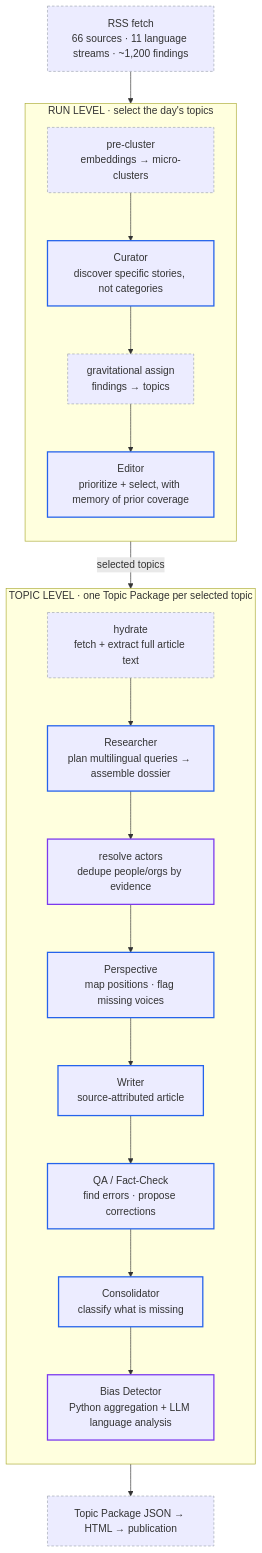
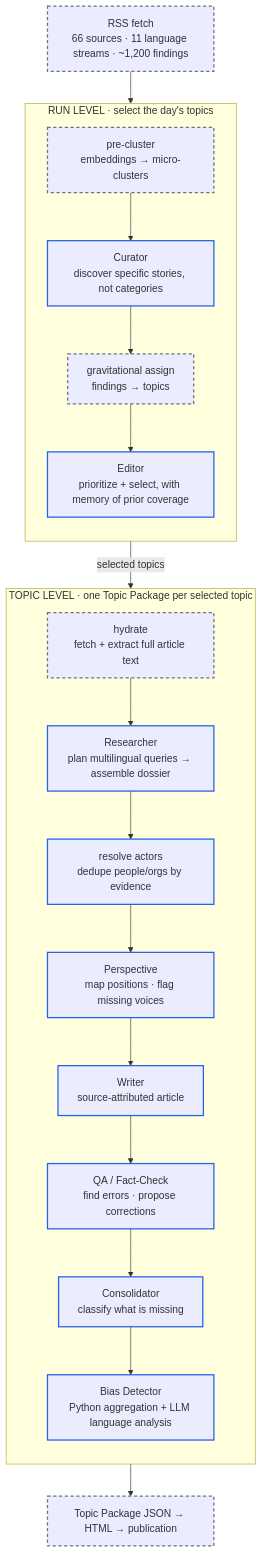
Before and after one commit to deniz-schwenk/independent-wire: the diagram in README.md, drawn with Mermaid. The commit also changed other lines of this file, not shown here.

Commit message:
docs(readme): distinguish pipeline diagram by line-style, not hue

````diff
--- a/README.md
+++ b/README.md
@@ -33,35 +33,34 @@
 ```mermaid
 flowchart TD
     RSS["RSS fetch<br/>66 sources · 11 language streams · ~1,200 findings"]:::det
     RSS --> RUN
 
     subgraph RUN["RUN LEVEL · select the day's topics"]
         direction TB
         PC["pre-cluster<br/>embeddings → micro-clusters"]:::det
         CUR["Curator<br/>discover specific stories, not categories"]:::llm
         GRAV["gravitational assign<br/>findings → topics"]:::det
         ED["Editor<br/>prioritize + select, with memory of prior coverage"]:::llm
         PC --> CUR --> GRAV --> ED
     end
 
     ED -->|"selected topics"| TOPIC
 
     subgraph TOPIC["TOPIC LEVEL · one Topic Package per selected topic"]
         direction TB
         HY["hydrate<br/>fetch + extract full article text"]:::det
         RES["Researcher<br/>plan multilingual queries → assemble dossier"]:::llm
-        ACT["resolve actors<br/>dedupe people/orgs by evidence"]:::mix
+        ACT["resolve actors<br/>dedupe people/orgs by evidence"]:::llm
         PER["Perspective<br/>map positions · flag missing voices"]:::llm
         WR["Writer<br/>source-attributed article"]:::llm
         QA["QA / Fact-Check<br/>find errors · propose corrections"]:::llm
         CON["Consolidator<br/>classify what is missing"]:::llm
-        BIAS["Bias Detector<br/>Python aggregation + LLM language analysis"]:::mix
+        BIAS["Bias Detector<br/>Python aggregation + LLM language analysis"]:::llm
         HY --> RES --> ACT --> PER --> WR --> QA --> CON --> BIAS
     end
 
     BIAS --> OUT["Topic Package JSON → HTML → publication"]:::det
 
     classDef llm stroke:#2563eb,stroke-width:2px;
-    classDef det stroke:#9ca3af,stroke-width:1px,stroke-dasharray:4 3;
-    classDef mix stroke:#7c3aed,stroke-width:2px;
+    classDef det stroke:#6b7280,stroke-width:2px,stroke-dasharray:5 4;
 ```
````
